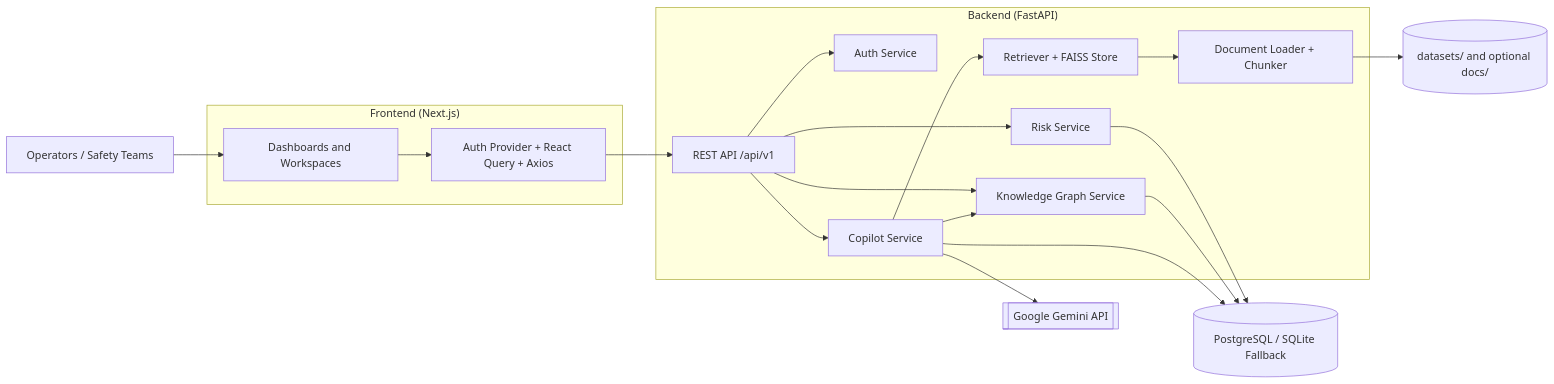
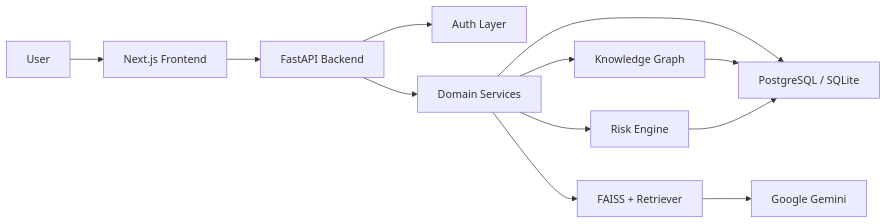
Before and after one commit to Shubhankar0126/Sentinel---AI: the first of 2 diagrams in README.md, drawn with Mermaid. The commit also changed other lines of this file, not shown here.

````diff
--- a/README.md
+++ b/README.md
@@ -207,39 +113,14 @@
 ```mermaid
 flowchart LR
-    User[Operators / Safety Teams]
-
-    subgraph FE["Frontend (Next.js)"]
-        UI[Dashboards and Workspaces]
-        Providers[Auth Provider + React Query + Axios]
-    end
-
-    subgraph BE["Backend (FastAPI)"]
-        API[REST API /api/v1]
-        Auth[Auth Service]
-        Risk[Risk Service]
-        KG[Knowledge Graph Service]
-        Copilot[Copilot Service]
-        Retriever[Retriever + FAISS Store]
-        Loader[Document Loader + Chunker]
-    end
-
-    DB[(PostgreSQL / SQLite Fallback)]
-    Datasets[(datasets/ and optional docs/)]
-    Gemini[[Google Gemini API]]
-
-    User --> UI
-    UI --> Providers
-    Providers --> API
-    API --> Auth
-    API --> Risk
-    API --> KG
-    API --> Copilot
+    User["User"] --> Frontend["Next.js Frontend"]
+    Frontend --> API["FastAPI Backend"]
+    API --> Auth["Auth Layer"]
+    API --> Services["Domain Services"]
+    Services --> Risk["Risk Engine"]
+    Services --> Graph["Knowledge Graph"]
+    Services --> RAG["FAISS + Retriever"]
+    Services --> DB["PostgreSQL / SQLite"]
+    RAG --> Gemini["Google Gemini"]
+    Graph --> DB
     Risk --> DB
-    KG --> DB
-    Copilot --> Retriever
-    Retriever --> Loader
-    Loader --> Datasets
-    Copilot --> KG
-    Copilot --> DB
-    Copilot --> Gemini
 ```
````
